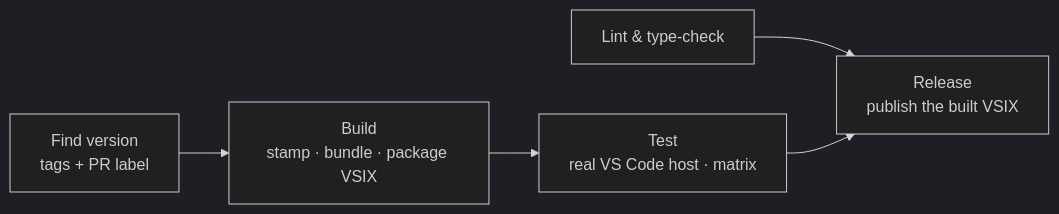
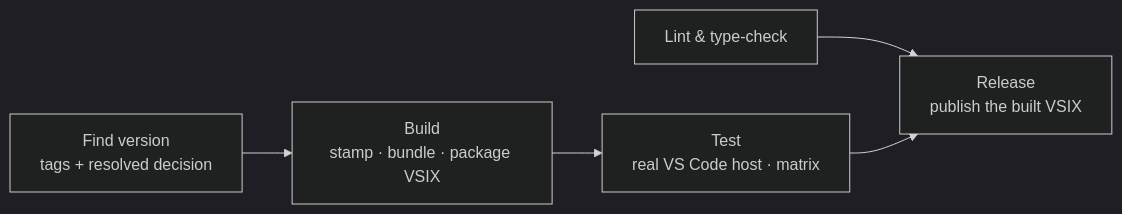
One commit to MSXOrg/docs changed the diagram in src/docs/Capabilities/vscode-extension-framework/design.md. Above: the diagram before and after it, drawn with Mermaid (dark theme). The commit also changed other lines of this file and 11 other files, not shown here.

````diff
--- a/src/docs/Capabilities/vscode-extension-framework/design.md
+++ b/src/docs/Capabilities/vscode-extension-framework/design.md
@@ -21,7 +23,7 @@
 ```mermaid
 flowchart LR
-  find["Find version\ntags + PR label"] --> build["Build\nstamp · bundle · package VSIX"]
+  find["Find version\ntags + resolved decision"] --> build["Build\nstamp · bundle · package VSIX"]
   build --> test["Test\nreal VS Code host · matrix"]
   lint["Lint & type-check"] --> release
   test --> release["Release\npublish the built VSIX"]
 ```
````
